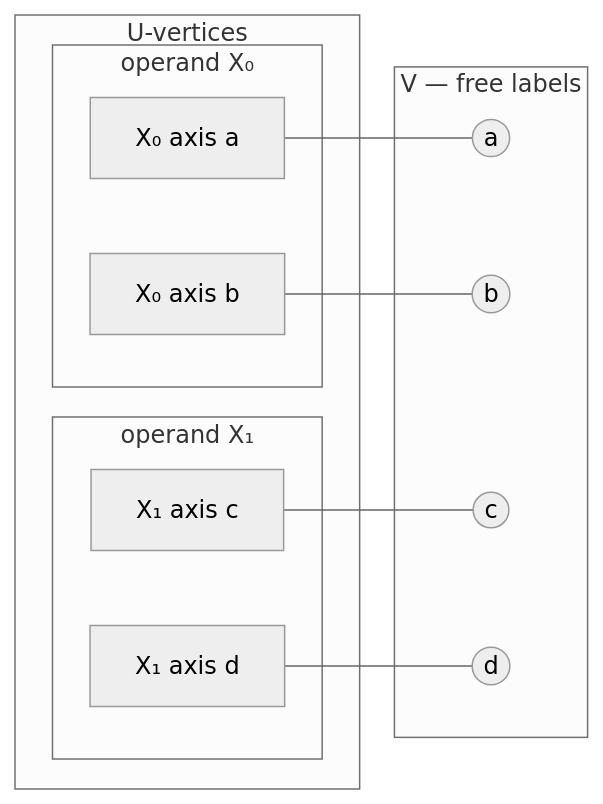
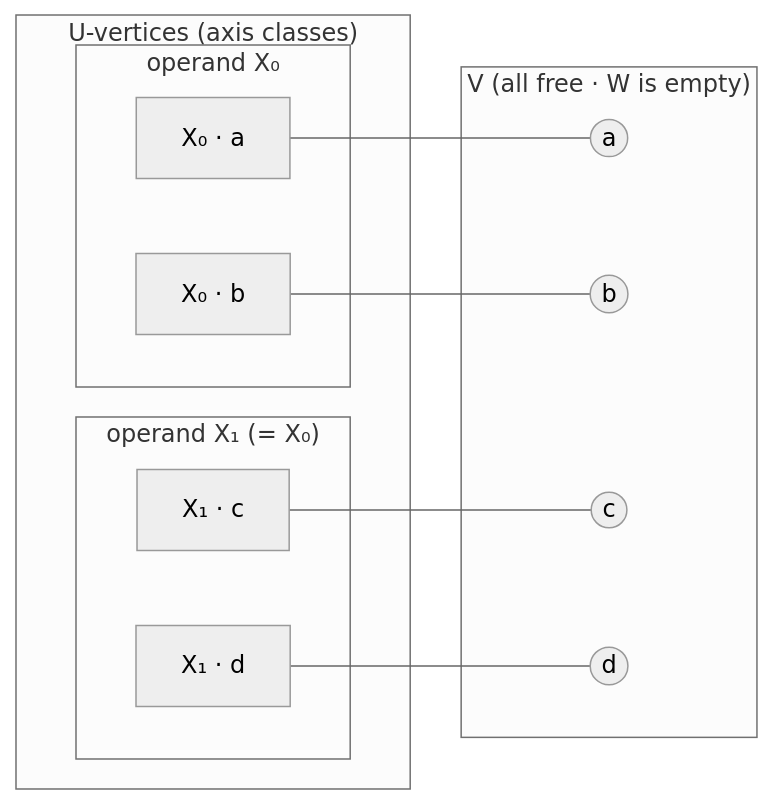
One commit to AIcrowd/whest changed the third of 3 diagrams in docs/explanation/subgraph-symmetry.md. Above: the diagram before and after it, drawn with Mermaid. The commit also changed other lines of this file, not shown here.

First line of the commit message:
docs: polish mermaid bipartite graph diagrams

````diff
--- a/docs/explanation/subgraph-symmetry.md
+++ b/docs/explanation/subgraph-symmetry.md
@@ -228,21 +230,26 @@
 ```mermaid
-%%{init: {'theme': 'neutral'}}%%
+%%{init: {'theme': 'neutral', 'flowchart': {'rankSpacing': 80}}}%%
 flowchart LR
-    u0a["X₀ axis a"] --- a((a))
-    u0b["X₀ axis b"] --- b((b))
-    u1c["X₁ axis c"] --- c((c))
-    u1d["X₁ axis d"] --- d((d))
+    u0a["X₀ · a"] --- a((a))
+    u0b["X₀ · b"] --- b((b))
+    u1c["X₁ · c"] --- c((c))
+    u1d["X₁ · d"] --- d((d))
 
-    subgraph U [U-vertices]
-        subgraph grp0 [operand X₀]
-            u0a; u0b
+    subgraph U ["U-vertices (axis classes)"]
+        subgraph grp0 ["operand X₀"]
+            u0a
+            u0b
         end
-        subgraph grp1 [operand X₁]
-            u1c; u1d
+        subgraph grp1 ["operand X₁ (= X₀)"]
+            u1c
+            u1d
         end
     end
 
-    subgraph V [V — free labels]
-        a; b; c; d
+    subgraph V ["V (all free · W is empty)"]
+        a
+        b
+        c
+        d
     end
 ```
````
